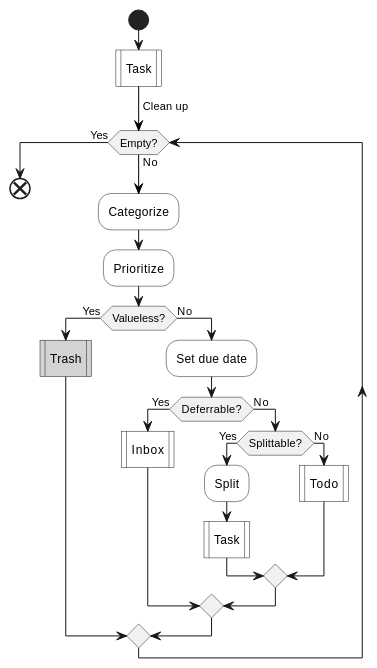
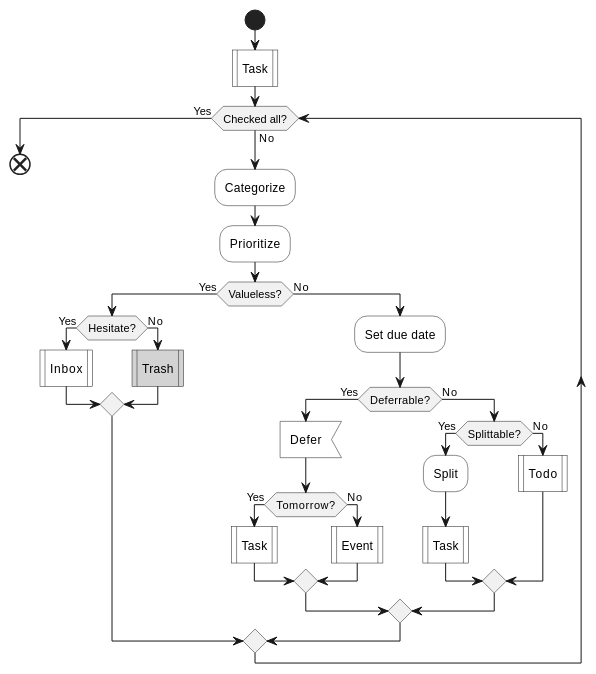
Before and after one commit to IceHe/icehe-lib: the third of 6 diagrams in lifelogs/rehabilitation.md, drawn with PlantUML. The commit also changed other lines of this file, not shown here.

````diff
--- a/lifelogs/rehabilitation.md
+++ b/lifelogs/rehabilitation.md
@@ -275,43 +266,36 @@
 ```plantuml
 @startuml
 start
 #white:Task|
--[#black]-> Clean up;
-while (Empty?) is (No)
+while (Checked all?) is (No)
     #white:Categorize;
     #white:Prioritize;
     if (Valueless?) then (Yes)
-        #lightGray:Trash|
-        'if (Hesitate?) then (Yes)
-        '    '#white:Rethink;
-        '    #lightGray:Inbox|
-        'else (No)
-        '    '#white:Discard;
-        '    #lightGray:Trash|
-        'endif
+        if (Hesitate?) then (Yes)
+            #white:Inbox|
+        else (No)
+            #lightGray:Trash|
+        endif
     else (No)
         #white:Set due date;
         if (Deferrable?) then (Yes)
-            #white:Inbox|
-            '#white:Defer;
-            '#lightGray:Defer<
-            'if (Tomorrow?) then (Yes)
-            '    #lightGray:Task|
-            'else (No)
-            '    #lightGray:Event|
-            'endif
+            #white:Defer<
+            if (Tomorrow?) then (Yes)
+                #white:Task|
+            else (No)
+                #white:Event|
+            endif
         else (No)
             if (Splittable?) then (Yes)
                 #white:Split;
                 #white:Task|
-                'note right : SMART 法则
-                '#lightGray:Task|
             else (No)
                 #white:Todo|
+                'note right : SMART 法则
             endif
         endif
     endif
 endwhile (Yes)
 end
 @enduml
 ```
````
